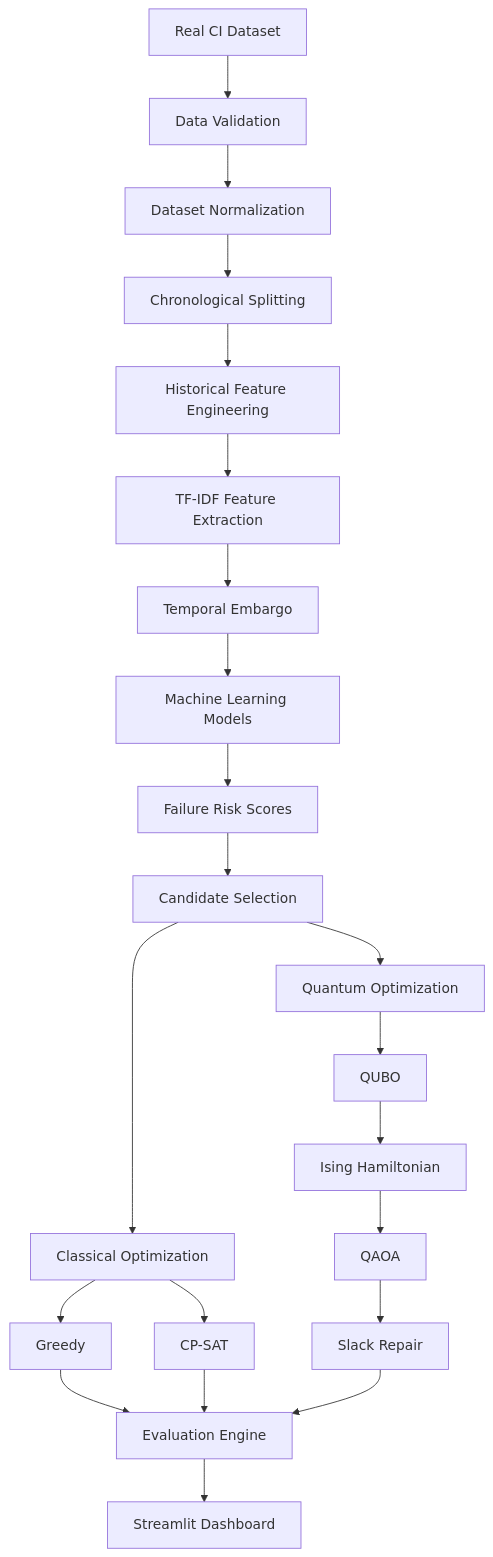
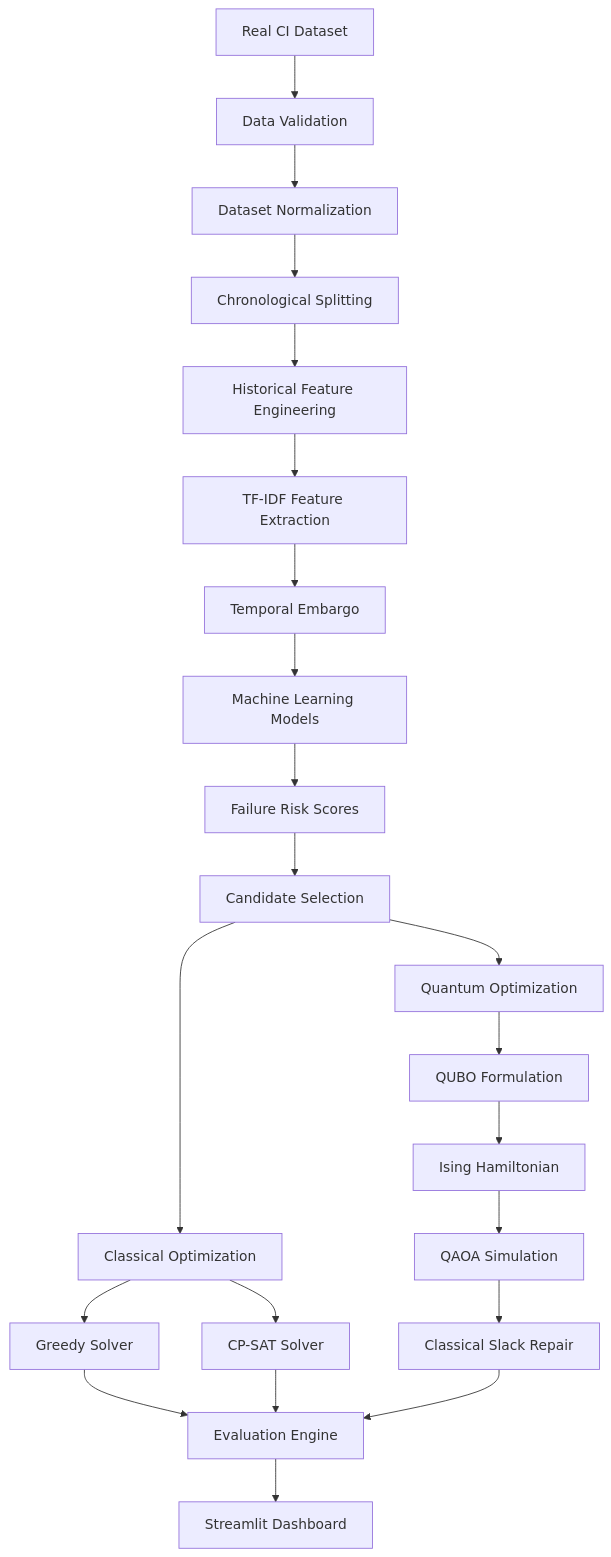
The first of 4 diagrams in README.md (karthikkb0580-cmd/Quant-CI), drawn with Mermaid before and after one commit. The commit also changed other lines of this file and 6 other files, not shown here.

````diff
--- a/README.md
+++ b/README.md
@@ -43,24 +108,24 @@
 ```mermaid
 flowchart TD
     A[Real CI Dataset] --> B[Data Validation]
     B --> C[Dataset Normalization]
     C --> D[Chronological Splitting]
     D --> E[Historical Feature Engineering]
     E --> F[TF-IDF Feature Extraction]
     F --> G[Temporal Embargo]
     G --> H[Machine Learning Models]
     H --> I[Failure Risk Scores]
     I --> J[Candidate Selection]
     J --> K[Classical Optimization]
     J --> L[Quantum Optimization]
-    K --> M[Greedy]
-    K --> N[CP-SAT]
-    L --> O[QUBO]
+    K --> M[Greedy Solver]
+    K --> N[CP-SAT Solver]
+    L --> O[QUBO Formulation]
     O --> P[Ising Hamiltonian]
-    P --> Q[QAOA]
-    Q --> R[Slack Repair]
+    P --> Q[QAOA Simulation]
+    Q --> R[Classical Slack Repair]
     M --> S[Evaluation Engine]
     N --> S
     R --> S
     S --> T[Streamlit Dashboard]
 ```
````
